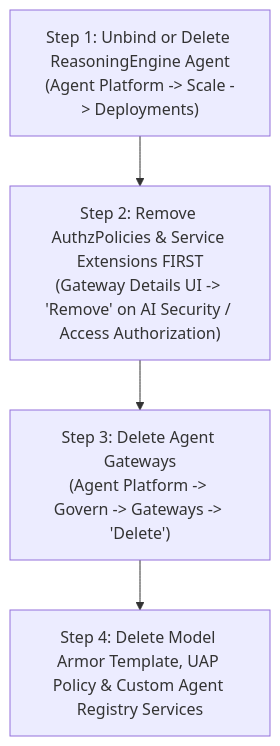
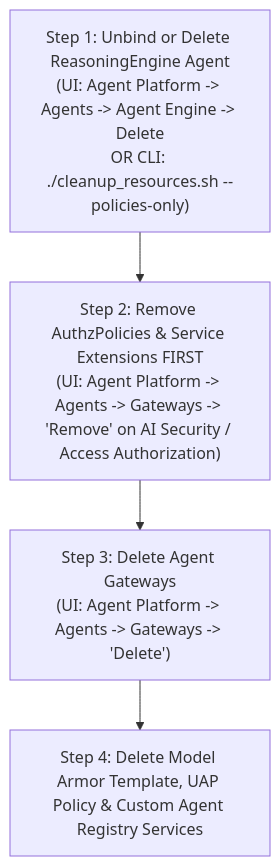
Before and after one commit to indrapn00/agent-gateway-study-01: the fourth of 4 diagrams in study-notes.md, drawn with Mermaid. The commit also changed other lines of this file and 2 other files, not shown here.

Commit message:
Document ReasoningEngine->AgentGateway reference lock, update UI paths to Agent Platform -> Agents -> Gateways, and poll unbind LRO in cleanup_resources.sh

````diff
--- a/study-notes.md
+++ b/study-notes.md
@@ -484,6 +489,6 @@
 ```mermaid
 flowchart TD
-    Step1["Step 1: Unbind or Delete ReasoningEngine Agent<br/>(Agent Platform -> Scale -> Deployments)"] --> Step2["Step 2: Remove AuthzPolicies & Service Extensions FIRST<br/>(Gateway Details UI -> 'Remove' on AI Security / Access Authorization)"]
-    Step2 --> Step3["Step 3: Delete Agent Gateways<br/>(Agent Platform -> Govern -> Gateways -> 'Delete')"]
+    Step1["Step 1: Unbind or Delete ReasoningEngine Agent<br/>(UI: Agent Platform -> Agents -> Agent Engine -> Delete<br/>OR CLI: ./cleanup_resources.sh --policies-only)"] --> Step2["Step 2: Remove AuthzPolicies & Service Extensions FIRST<br/>(UI: Agent Platform -> Agents -> Gateways -> 'Remove' on AI Security / Access Authorization)"]
+    Step2 --> Step3["Step 3: Delete Agent Gateways<br/>(UI: Agent Platform -> Agents -> Gateways -> 'Delete')"]
     Step3 --> Step4["Step 4: Delete Model Armor Template, UAP Policy & Custom Agent Registry Services"]
 ```
````
